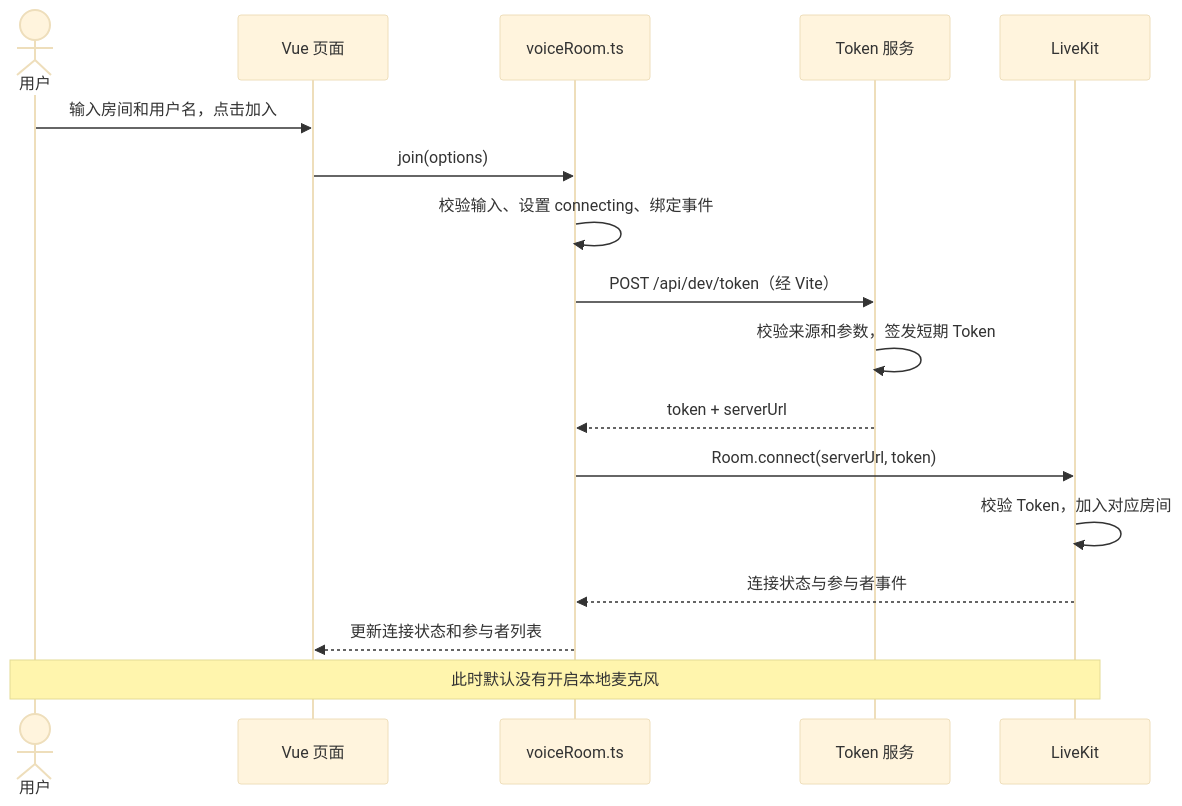
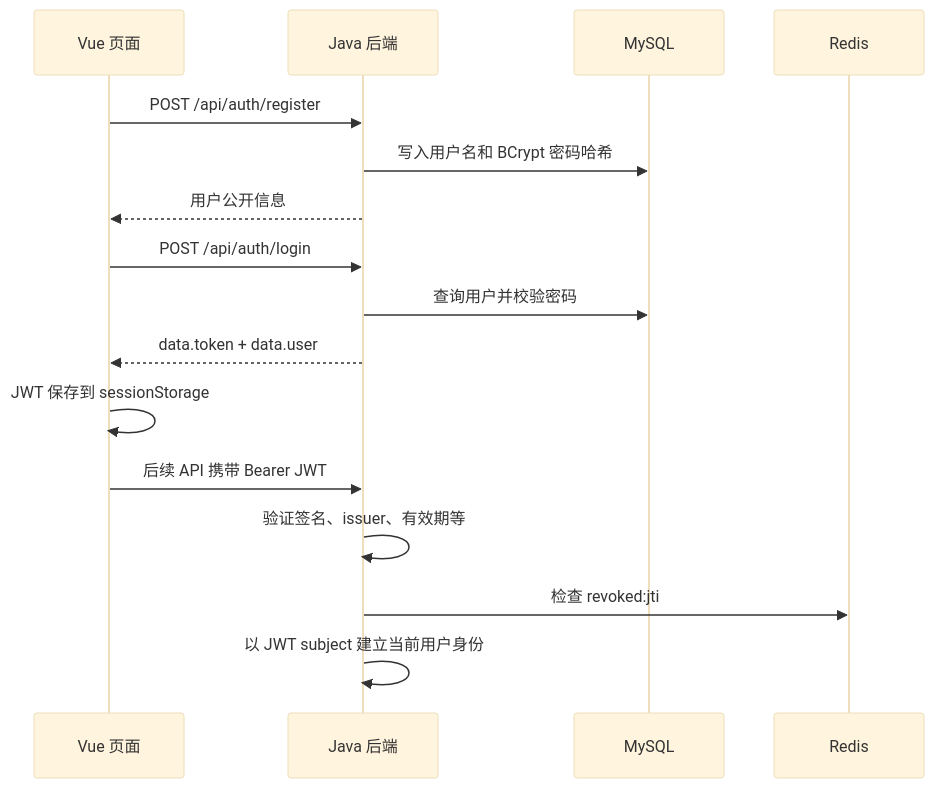
One commit to HuifengHuang/SmartRTVC changed the second of 4 diagrams in 项目流程说明.md. Above: the diagram before and after it, drawn with Mermaid (base theme). The commit also changed other lines of this file and 44 other files, not shown here.

````diff
--- a/项目流程说明.md
+++ b/项目流程说明.md
@@ -110,19 +81,18 @@
 ```mermaid
 sequenceDiagram
-    actor U as 用户
     participant P as Vue 页面
-    participant C as voiceRoom.ts
-    participant T as Token 服务
-    participant L as LiveKit
-    U->>P: 输入房间和用户名，点击加入
-    P->>C: join(options)
-    C->>C: 校验输入、设置 connecting、绑定事件
-    C->>T: POST /api/dev/token（经 Vite）
-    T->>T: 校验来源和参数，签发短期 Token
-    T-->>C: token + serverUrl
-    C->>L: Room.connect(serverUrl, token)
-    L->>L: 校验 Token，加入对应房间
-    L-->>C: 连接状态与参与者事件
-    C-->>P: 更新连接状态和参与者列表
-    Note over U,L: 此时默认没有开启本地麦克风
+    participant J as Java 后端
+    participant D as MySQL
+    participant R as Redis
+    P->>J: POST /api/auth/register
+    J->>D: 写入用户名和 BCrypt 密码哈希
+    J-->>P: 用户公开信息
+    P->>J: POST /api/auth/login
+    J->>D: 查询用户并校验密码
+    J-->>P: data.token + data.user
+    P->>P: JWT 保存到 sessionStorage
+    P->>J: 后续 API 携带 Bearer JWT
+    J->>J: 验证签名、issuer、有效期等
+    J->>R: 检查 revoked:jti
+    J->>J: 以 JWT subject 建立当前用户身份
 ```
````
